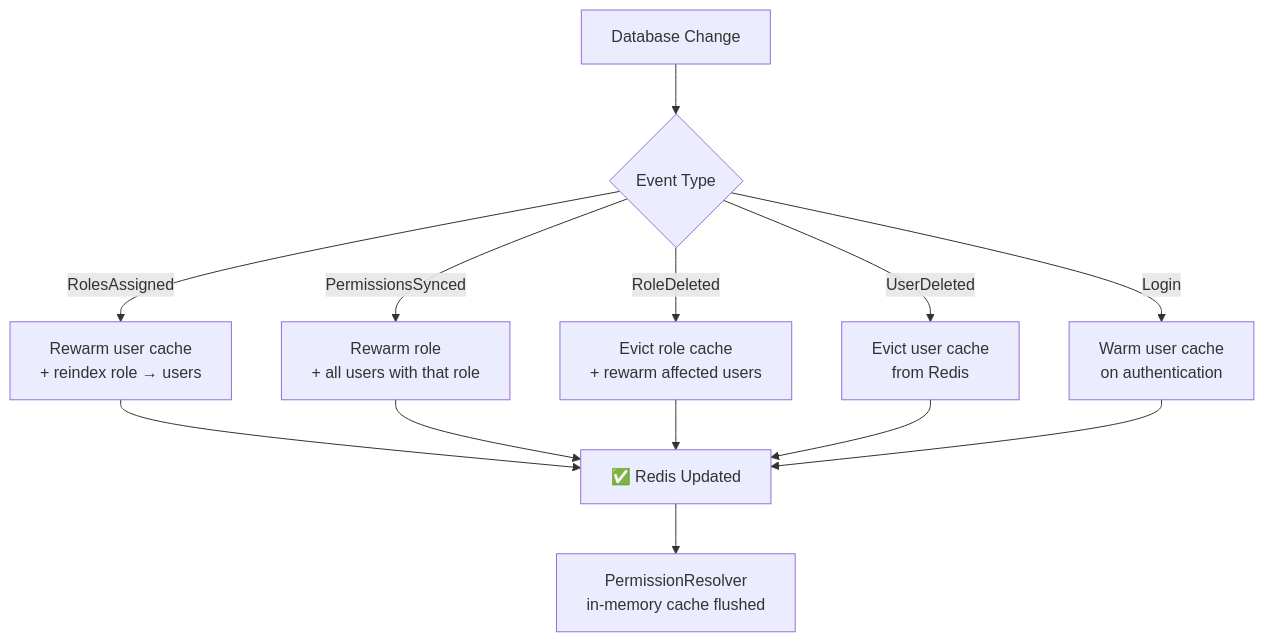
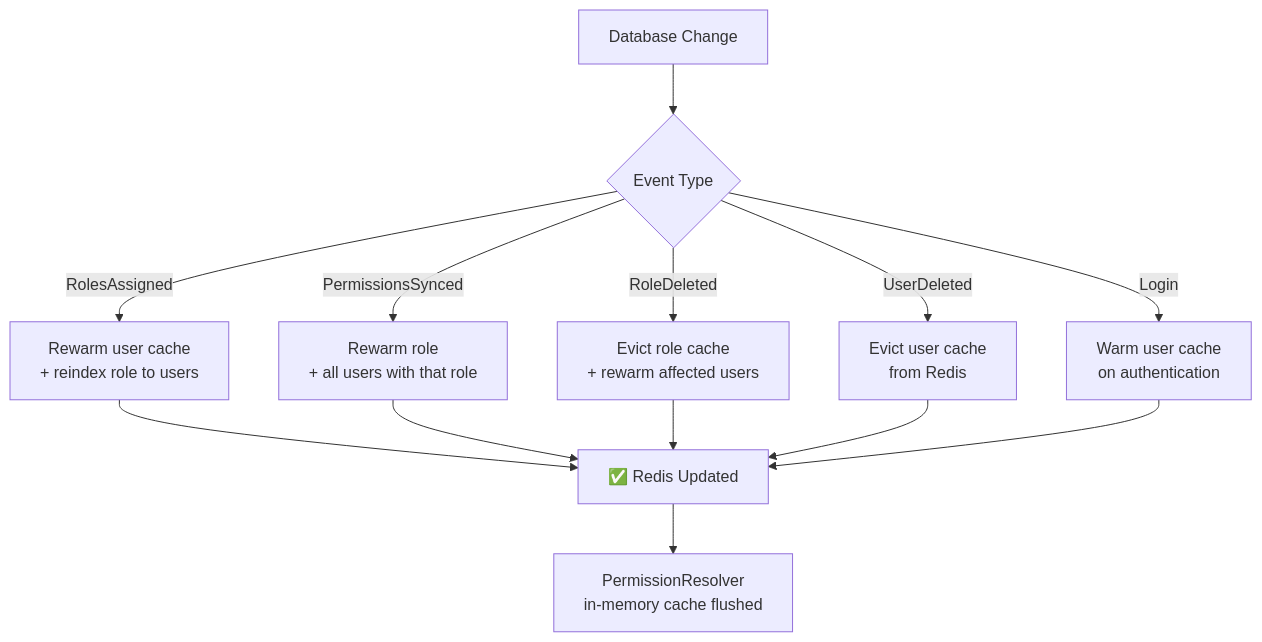
The fourth of 4 diagrams in README.md (scabarcas17/laravel-permissions-redis), drawn with Mermaid before and after one commit. The commit also changed other lines of this file and 9 other files, not shown here.

````diff
--- a/README.md
+++ b/README.md
@@ -197,17 +197,17 @@
 ```mermaid
 flowchart TD
     A["Database Change"] --> B{"Event Type"}
 
-    B -- "RolesAssigned" --> D["Rewarm user cache\n+ reindex role → users"]
+    B -- "RolesAssigned" --> D["Rewarm user cache\n+ reindex role to users"]
     B -- "PermissionsSynced" --> E["Rewarm role\n+ all users with that role"]
     B -- "RoleDeleted" --> F["Evict role cache\n+ rewarm affected users"]
     B -- "UserDeleted" --> G["Evict user cache\nfrom Redis"]
     B -- "Login" --> H["Warm user cache\non authentication"]
 
     D --> I["✅ Redis Updated"]
     E --> I
     F --> I
     G --> I
     H --> I
     I --> J["PermissionResolver\nin-memory cache flushed"]
 ```
````
